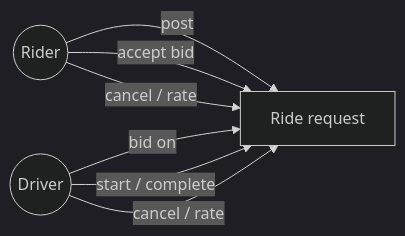
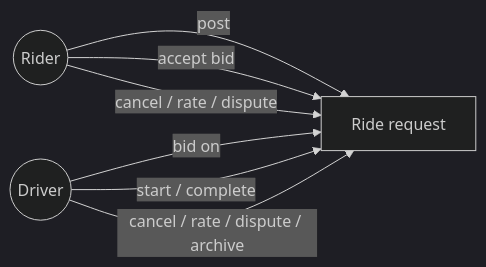
The third of 3 diagrams in README.md (atifali-pm/drivebid), drawn with Mermaid (dark theme) before and after one commit. The commit also changed other lines of this file, not shown here.

First line of the commit message:
README: add live URLs, APK links, mobile features, updated roadmap

````diff
--- a/README.md
+++ b/README.md
@@ -91,9 +130,9 @@
 ```mermaid
 flowchart LR
     Rider((Rider)) -->|post| Ride[Ride request]
     Driver((Driver)) -->|bid on| Ride
     Rider -->|accept bid| Ride
     Driver -->|start / complete| Ride
-    Rider -->|cancel / rate| Ride
-    Driver -->|cancel / rate| Ride
+    Rider -->|cancel / rate / dispute| Ride
+    Driver -->|cancel / rate / dispute / archive| Ride
 ```
````
